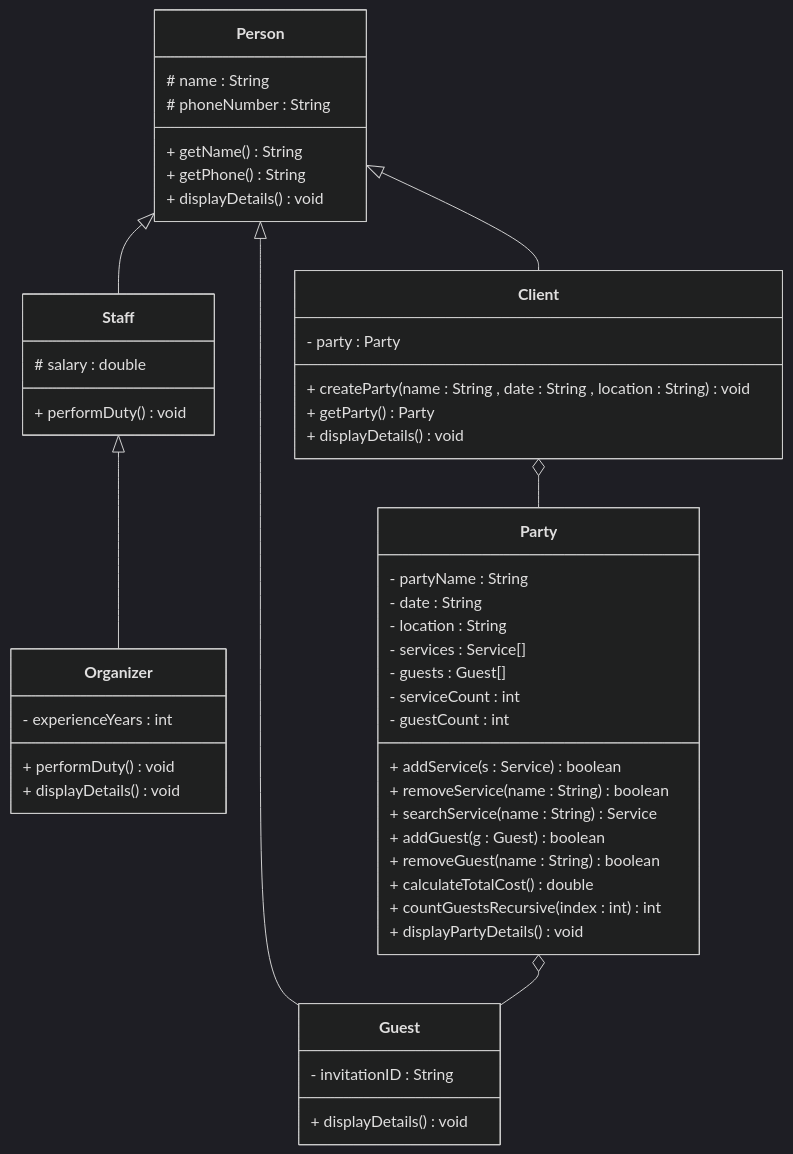
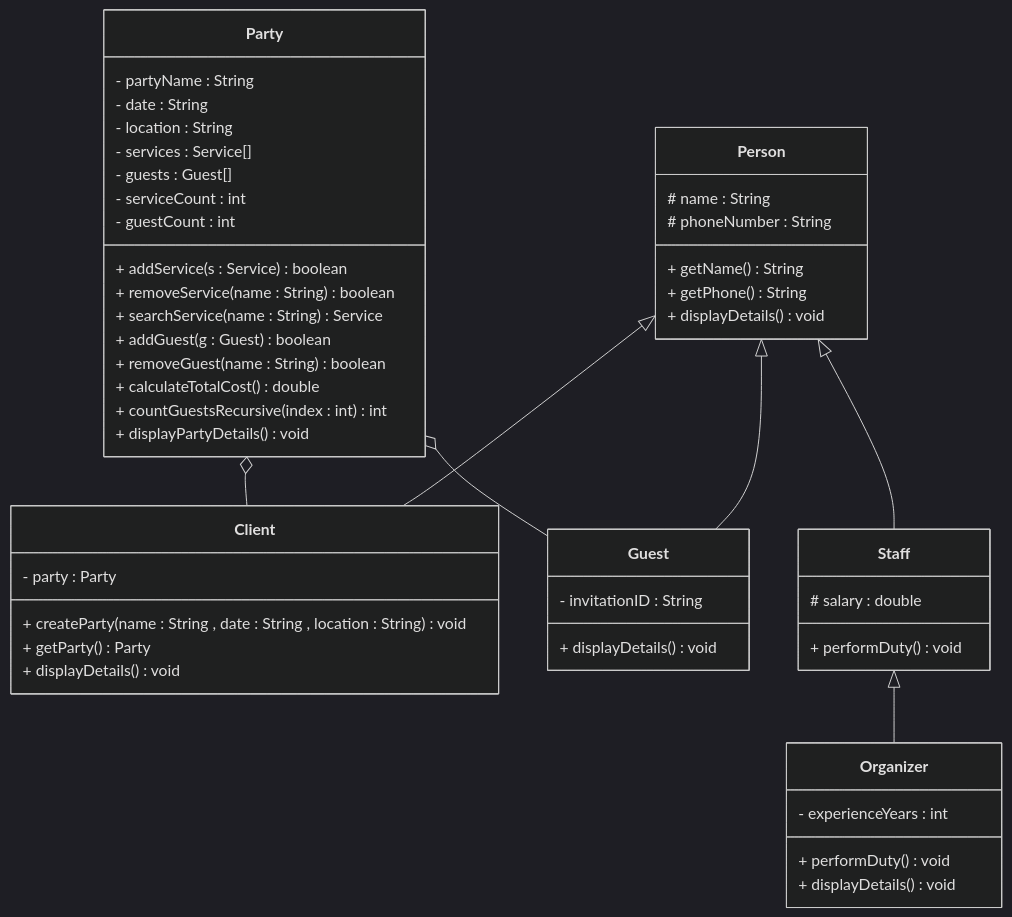
One commit to Aljawharah46/CSC113-project-P1 changed the diagram in README.md. Above: the diagram before and after it, drawn with Mermaid (dark theme).

````diff
--- a/README.md
+++ b/README.md
@@ -2,60 +2,60 @@
 ```mermaid
 classDiagram
 class Person{
 # name : String
 # phoneNumber : String
 + getName() String
 + getPhone() String
 + displayDetails() void
 }
 
 class Client{
 - party : Party
 + createParty(name : String , date : String , location : String) void
 + getParty() Party
 + displayDetails() void
 }
 
 class Guest{
 - invitationID : String
 + displayDetails() void
 }
 
 class Staff{
 # salary : double
 + performDuty() void
 }
 
 class Organizer{
 - experienceYears : int
 + performDuty() void
 + displayDetails() void
 }
 
 class Party{
 - partyName : String
 - date : String
 - location : String
 - services : Service[]
 - guests : Guest[]
 - serviceCount : int
 - guestCount : int
 + addService(s : Service) boolean
 + removeService(name : String) boolean
 + searchService(name : String) Service
 + addGuest(g : Guest) boolean
 + removeGuest(name : String) boolean
 + calculateTotalCost() double
 + countGuestsRecursive(index : int) int
 + displayPartyDetails() void
 }
 
 Person <|-- Client
 Person <|-- Guest
 Person <|-- Staff
 Staff <|-- Organizer
 
-Client o-- Party
+Party o-- Client
 Party o-- Guest
 
 ```
````
